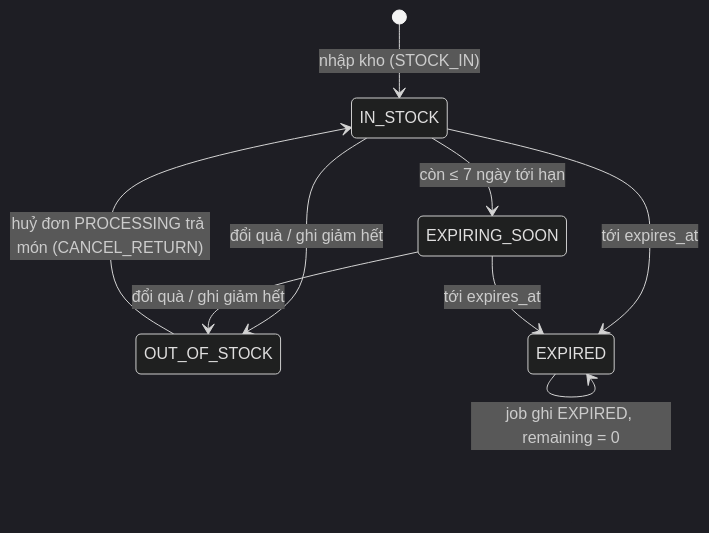
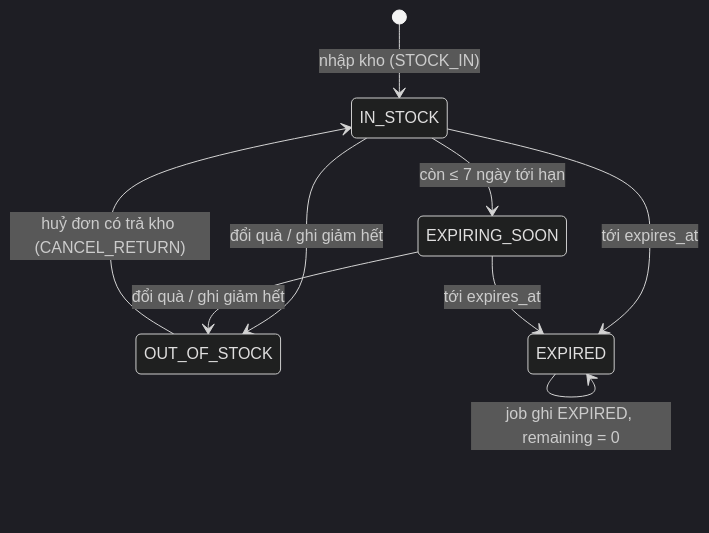
One commit to DOAN2-UQT-KN/ecolink-docs changed diagram 14 of 17 in 04-state-machines.md. Above: the diagram before and after it, drawn with Mermaid (dark theme). The commit also changed other lines of this file and 8 other files, not shown here.

````diff
--- a/04-state-machines.md
+++ b/04-state-machines.md
@@ -435,11 +438,11 @@
 ```mermaid
 stateDiagram-v2
   [*] --> IN_STOCK: nhập kho (STOCK_IN)
   IN_STOCK --> EXPIRING_SOON: còn ≤ 7 ngày tới hạn
   IN_STOCK --> OUT_OF_STOCK: đổi quà / ghi giảm hết
   EXPIRING_SOON --> OUT_OF_STOCK: đổi quà / ghi giảm hết
-  OUT_OF_STOCK --> IN_STOCK: huỷ đơn PROCESSING trả món (CANCEL_RETURN)
+  OUT_OF_STOCK --> IN_STOCK: huỷ đơn có trả kho (CANCEL_RETURN)
   IN_STOCK --> EXPIRED: tới expires_at
   EXPIRING_SOON --> EXPIRED: tới expires_at
   EXPIRED --> EXPIRED: job ghi EXPIRED, remaining = 0
 ```
````
